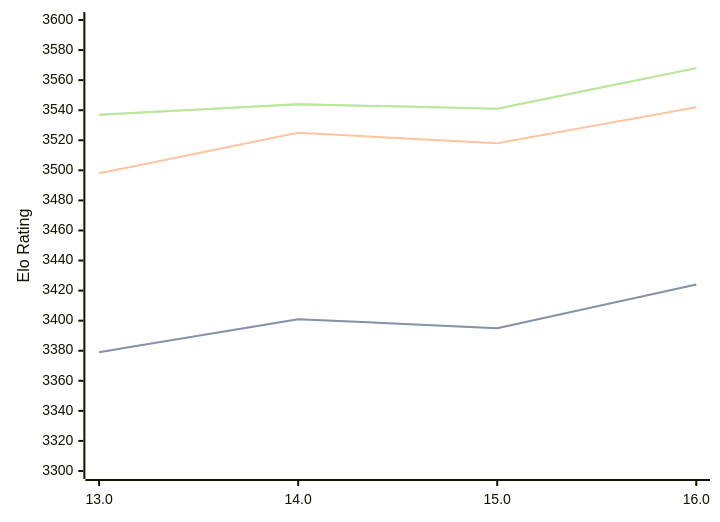
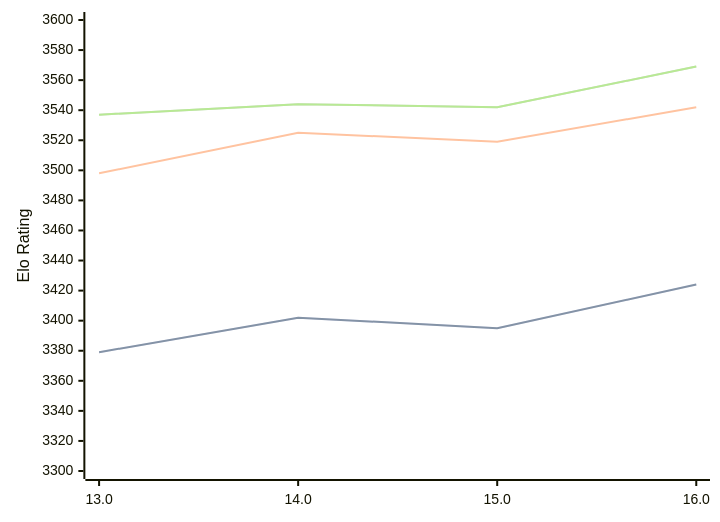
Before and after one commit to computer-chess-index/cci: the diagram in engines/Obsidian.md, drawn with Mermaid. The commit also changed other lines of this file, not shown here.

Commit message:
Update CCI Ratings (ELO VLTC) - 2026-05-21

````diff
--- a/engines/Obsidian.md
+++ b/engines/Obsidian.md
@@ -43,11 +43,11 @@
 ```mermaid
 %%{init: {"theme":"base","themeVariables":{"seriesColors:['#a3a3a3','#222221','#faa371']}}}%%
 xychart-beta
   x-axis ["13.0", "14.0", "15.0", "16.0"]
   y-axis "Elo Rating" 3300 --> 3600
-  line "STC (8.0+0.08s)" [3379, 3401, 3395, 3424]
-  line "STC (8.0+0.08s)" [3379, 3401, 3395, 3424]
-  line "LTC (60.0+0.60s)" [3498, 3525, 3518, 3542]
-  line "VLTC (2m24s+1.12s)" [3537, 3544, 3541, 3568]
-  line "VLTC (2m24s+1.12s)" [3537, 3544, 3541, 3568]
+  line "STC (8.0+0.08s)" [3379, 3402, 3395, 3424]
+  line "STC (8.0+0.08s)" [3379, 3402, 3395, 3424]
+  line "LTC (60.0+0.60s)" [3498, 3525, 3519, 3542]
+  line "VLTC (2m24s+1.12s)" [3537, 3544, 3542, 3569]
+  line "VLTC (2m24s+1.12s)" [3537, 3544, 3542, 3569]
 ```
````
